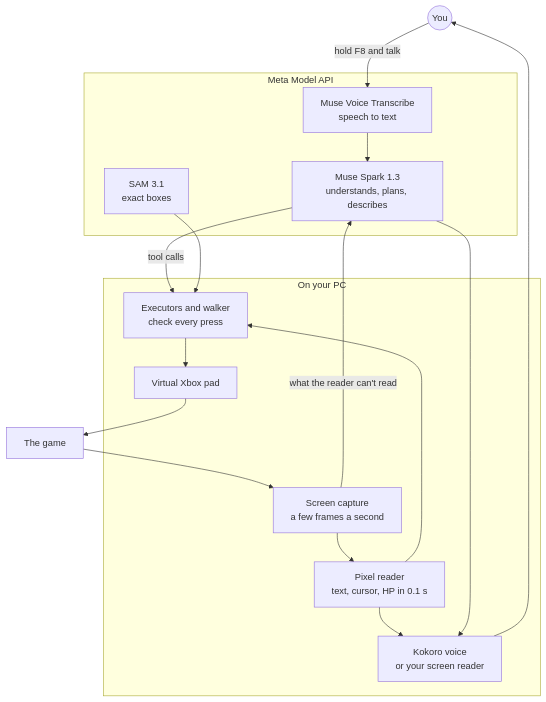
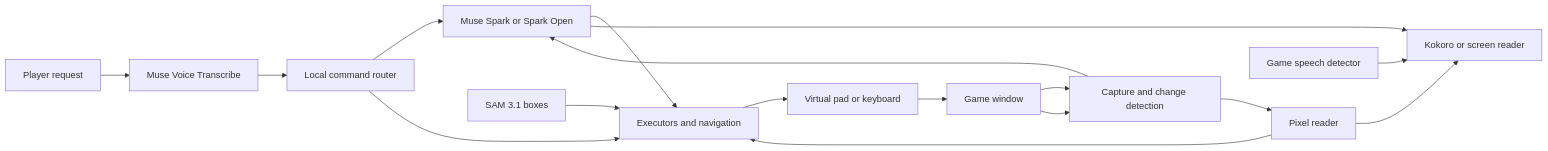
One commit to btsouth/player-two changed the diagram in README.md. Above: the diagram before and after it, drawn with Mermaid. The commit also changed other lines of this file and 4 other files, not shown here.

````diff
--- a/README.md
+++ b/README.md
@@ -119,30 +149,19 @@
 ```mermaid
-flowchart TB
-    you(("You"))
-    game["The game"]
-    subgraph meta["Meta Model API"]
-        stt["Muse Voice Transcribe<br/>speech to text"]
-        spark["Muse Spark 1.3<br/>understands, plans, describes"]
-        sam["SAM 3.1<br/>exact boxes"]
-    end
-    subgraph pc["On your PC"]
-        capture["Screen capture<br/>a few frames a second"]
-        reader["Pixel reader<br/>text, cursor, HP in 0.1 s"]
-        hands["Executors and walker<br/>check every press"]
-        pad["Virtual Xbox pad"]
-        voice["Kokoro voice<br/>or your screen reader"]
-    end
-    you -- "hold F8 and talk" --> stt
-    stt --> spark
+flowchart LR
+    player[Player request] --> stt[Muse Voice Transcribe]
+    stt --> route[Local command router]
+    route --> spark[Muse Spark or Spark Open]
+    game[Game window] --> capture[Capture and change detection]
+    capture --> reader[Pixel reader]
+    capture --> spark
+    spark --> tools[Executors and navigation]
+    route --> tools
+    sam[SAM 3.1 boxes] --> tools
+    reader --> tools
+    tools --> pad[Virtual pad or keyboard]
+    pad --> game
     game --> capture
-    capture --> reader
-    capture -- "what the reader can't read" --> spark
-    spark -- "tool calls" --> hands
-    sam --> hands
-    reader --> hands
-    hands --> pad
-    pad --> game
-    reader --> voice
-    spark --> voice
-    voice --> you
+    reader --> speech[Kokoro or screen reader]
+    spark --> speech
+    audio[Game speech detector] --> speech
 ```
````
